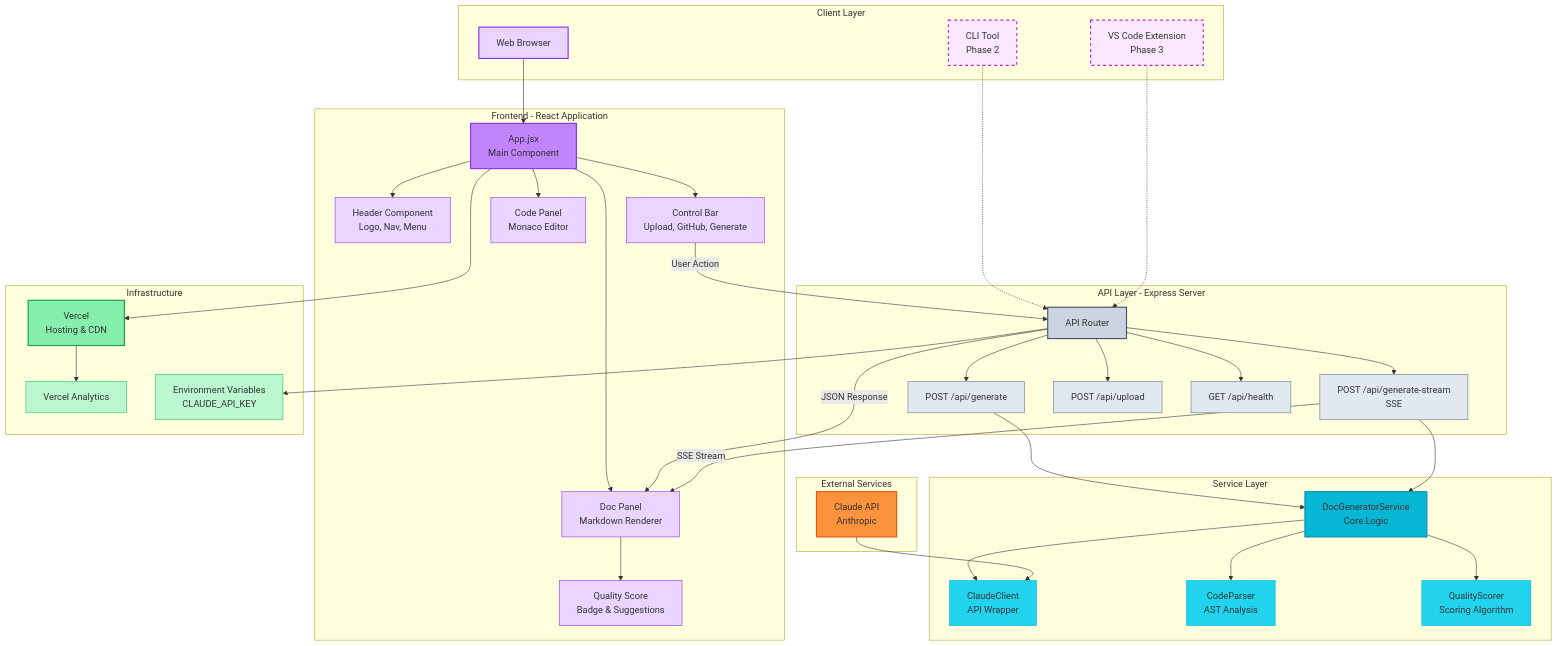
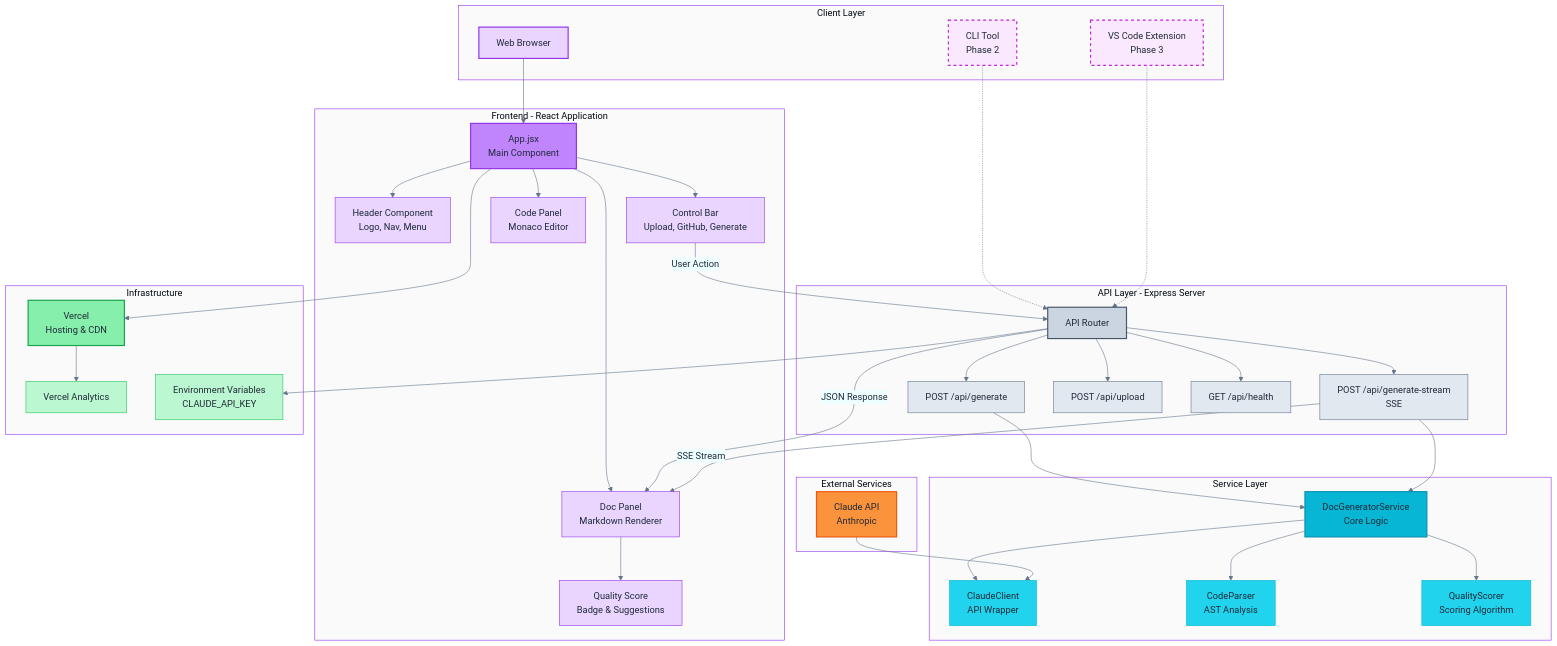
The diagram in docs/architecture/04-Architecture.md (jmcoleman/codescribe-ai), drawn with Mermaid before and after one commit.

Commit message:
improved background style for mermaid diagram

````diff
--- a/docs/architecture/04-Architecture.md
+++ b/docs/architecture/04-Architecture.md
@@ -8,12 +8,13 @@
 ```mermaid
+%%{init: {'theme':'base', 'themeVariables': { 'primaryColor':'#faf5ff','primaryTextColor':'#1f2937','primaryBorderColor':'#9333ea','lineColor':'#64748b','secondaryColor':'#ecfeff','tertiaryColor':'#fff7ed','clusterBkg':'#fafafa','clusterBorder':'#9333ea'}}}%%
 graph TB
-    subgraph "Client Layer"
+    subgraph client ["Client Layer"]
         Browser[Web Browser]
         CLI[CLI Tool<br/>Phase 2]
         VSCode[VS Code Extension<br/>Phase 3]
     end
 
-    subgraph "Frontend - React Application"
+    subgraph frontend ["Frontend - React Application"]
         App[App.jsx<br/>Main Component]
         Header[Header Component<br/>Logo, Nav, Menu]
         ControlBar[Control Bar<br/>Upload, GitHub, Generate]
@@ -28,7 +29,7 @@
         DocPanel --> QualityScore
     end
 
-    subgraph "API Layer - Express Server"
+    subgraph api ["API Layer - Express Server"]
         Router[API Router]
         GenerateRoute[POST /api/generate]
         StreamRoute[POST /api/generate-stream<br/>SSE]
@@ -41,7 +42,7 @@
         Router --> HealthRoute
     end
 
-    subgraph "Service Layer"
+    subgraph services ["Service Layer"]
         DocGen[DocGeneratorService<br/>Core Logic]
         ClaudeClient[ClaudeClient<br/>API Wrapper]
         CodeParser[CodeParser<br/>AST Analysis]
@@ -54,12 +55,12 @@
         DocGen --> QualityScorer
     end
 
-    subgraph "External Services"
+    subgraph external ["External Services"]
         Claude[Claude API<br/>Anthropic]
         Claude --> ClaudeClient
     end
 
-    subgraph "Infrastructure"
+    subgraph infra ["Infrastructure"]
         Vercel[Vercel<br/>Hosting & CDN]
         Analytics[Vercel Analytics]
         Env[Environment Variables<br/>CLAUDE_API_KEY]
````
